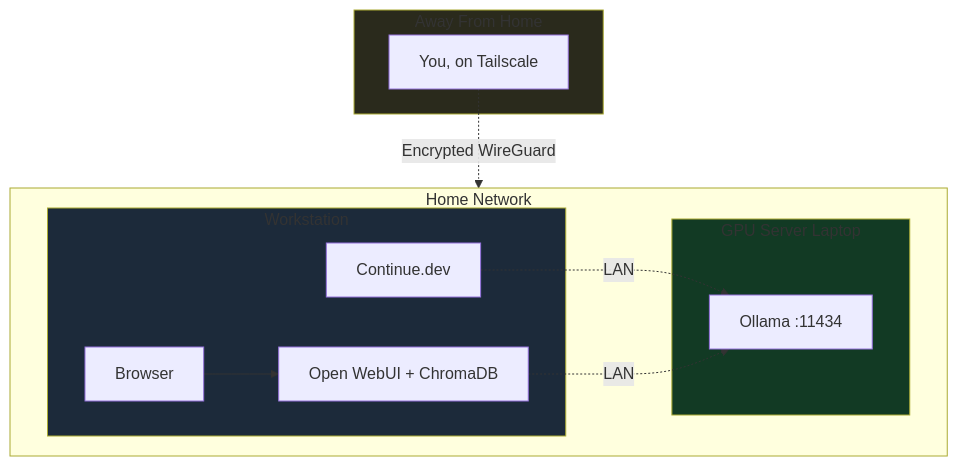
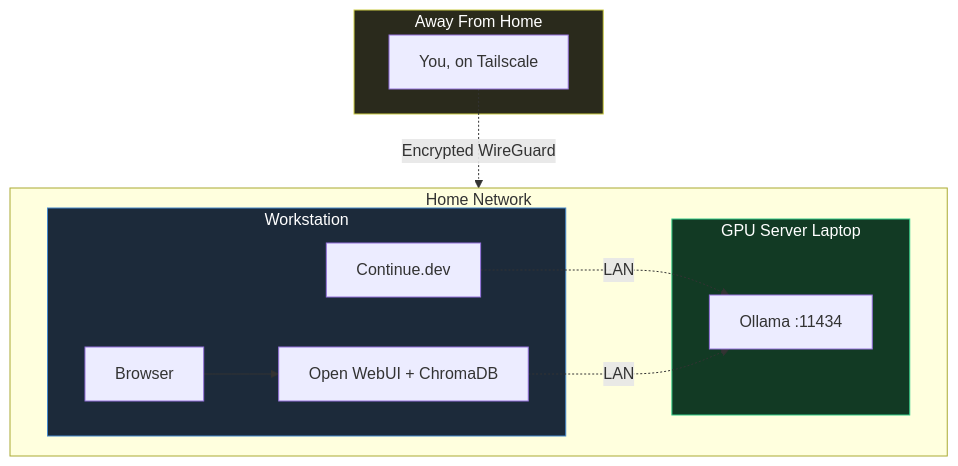
Diagram 20 of 20 in AI/Local-AI-Server.md (seanwhs/Tutorials), drawn with Mermaid before and after one commit. The commit also changed other lines of this file, not shown here.

````diff
--- a/AI/Local-AI-Server.md
+++ b/AI/Local-AI-Server.md
@@ -1193,23 +1181,23 @@
 ```mermaid
 graph TB
     subgraph Home["Home Network"]
         direction LR
         subgraph WS["Workstation"]
             IDE[Continue.dev]
             Browser --> OWUI[Open WebUI + ChromaDB]
         end
         subgraph GPU["GPU Server Laptop"]
             Ollama[Ollama :11434]
         end
         IDE -.LAN.-> Ollama
         OWUI -.LAN.-> Ollama
     end
     subgraph Remote["Away From Home"]
         RemoteYou[You, on Tailscale]
     end
     RemoteYou -.Encrypted WireGuard.-> Ollama
 
-    style GPU fill:#123a24
-    style WS fill:#1c2a3a
-    style Remote fill:#2a2a1c
+    style GPU fill:#123a24,stroke:#33cc88,color:#ffffff
+    style WS fill:#1c2a3a,stroke:#4488cc,color:#ffffff
+    style Remote fill:#2a2a1c,stroke:#cccc44,color:#ffffff
 ```
````
